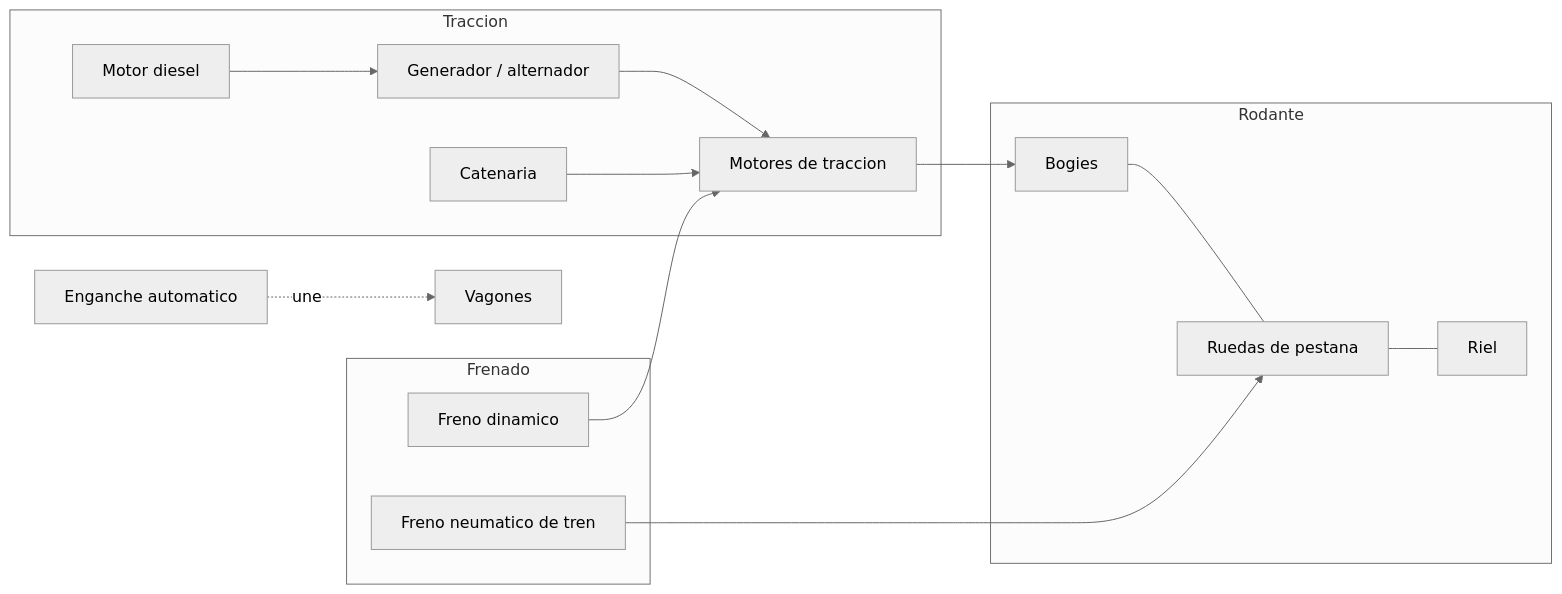
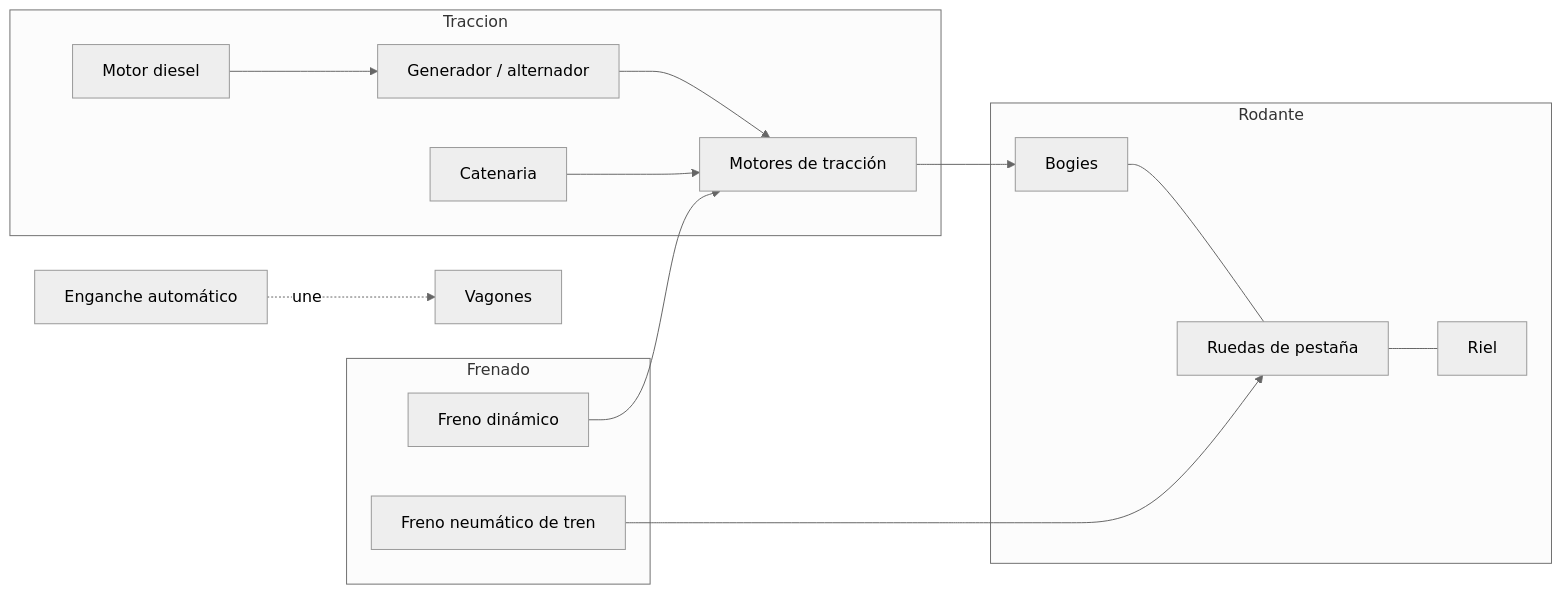
One commit to vladimiracunadev-create/machine-operator-program changed the first of 4 diagrams in vehiculos/tren-carga/operacion/sistemas-mecanicos-tren-carga.md. Above: the diagram before and after it, drawn with Mermaid (neutral theme). The commit also changed other lines of this file and 442 other files, not shown here.

````diff
--- a/vehiculos/tren-carga/operacion/sistemas-mecanicos-tren-carga.md
+++ b/vehiculos/tren-carga/operacion/sistemas-mecanicos-tren-carga.md
@@ -11,19 +11,19 @@
 ```mermaid
 flowchart LR
     subgraph Traccion
-        D[Motor diesel] --> G[Generador / alternador] --> Mt[Motores de traccion]
+        D[Motor diesel] --> G[Generador / alternador] --> Mt[Motores de tracción]
         Cat[Catenaria] --> Mt
     end
     subgraph Rodante
-        Bo[Bogies] --- Ru[Ruedas de pestana]
+        Bo[Bogies] --- Ru[Ruedas de pestaña]
         Ru --- Ri[Riel]
     end
     subgraph Frenado
-        Fn[Freno neumatico de tren]
-        Fd[Freno dinamico]
+        Fn[Freno neumático de tren]
+        Fd[Freno dinámico]
     end
     Mt --> Bo
     Fn --> Ru
     Fd --> Mt
-    En[Enganche automatico] -. une .-> Vg[Vagones]
+    En[Enganche automático] -. une .-> Vg[Vagones]
 ```
````
